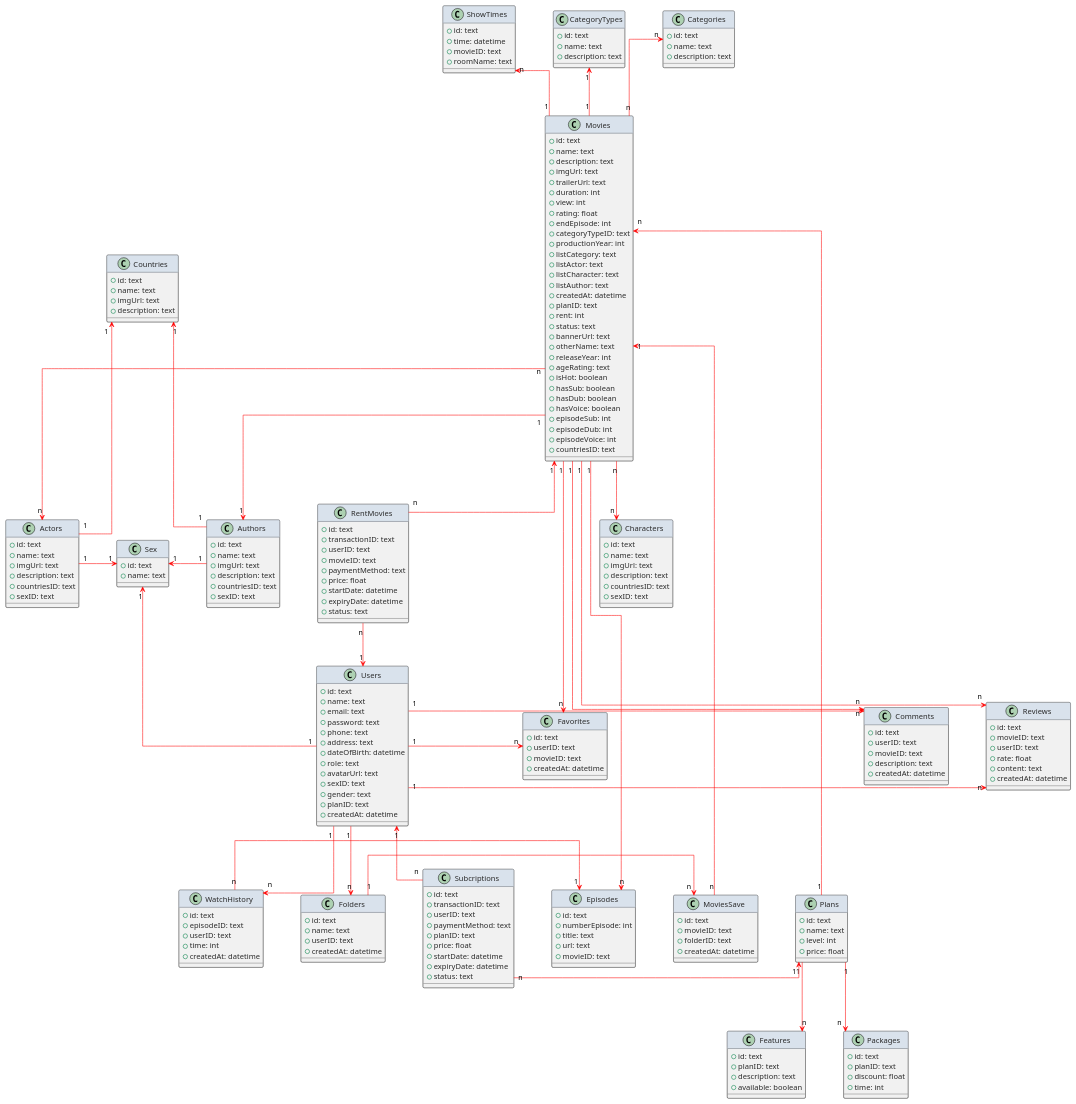
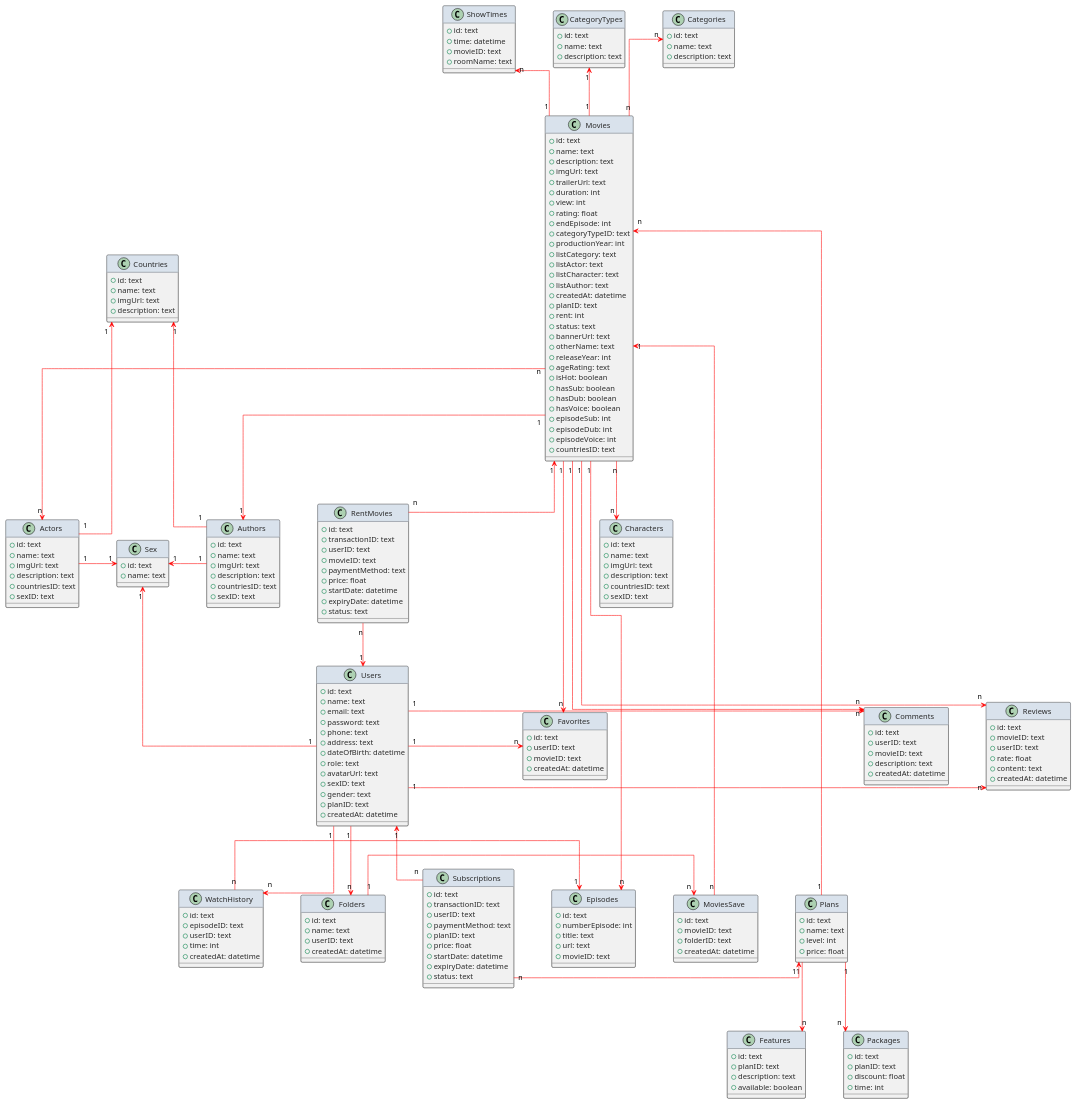
One commit to NV-DuyManh/Web-Film-Modern changed the diagram in ClassWebFilm.pu. Above: the diagram before and after it, drawn with PlantUML. The commit also changed 38 other files, not shown here.

```diff
--- a/ClassWebFilm.pu
+++ b/ClassWebFilm.pu
@@ -174,7 +174,7 @@
     + status: text
 }
 
-class Subcriptions {
+class Subscriptions {
     + id: text
     + transactionID: text
     + userID: text
@@ -252,8 +252,8 @@
 RentMovies "n" -down-> "1" Users
 RentMovies "n" -up-> "1" Movies
 
-Subcriptions "n" -up-> "1" Users
-Subcriptions "n" -right-> "1" Plans
+Subscriptions "n" -up-> "1" Users
+Subscriptions "n" -right-> "1" Plans
 
 MoviesSave "n" -up-> "1" Movies
 
```
